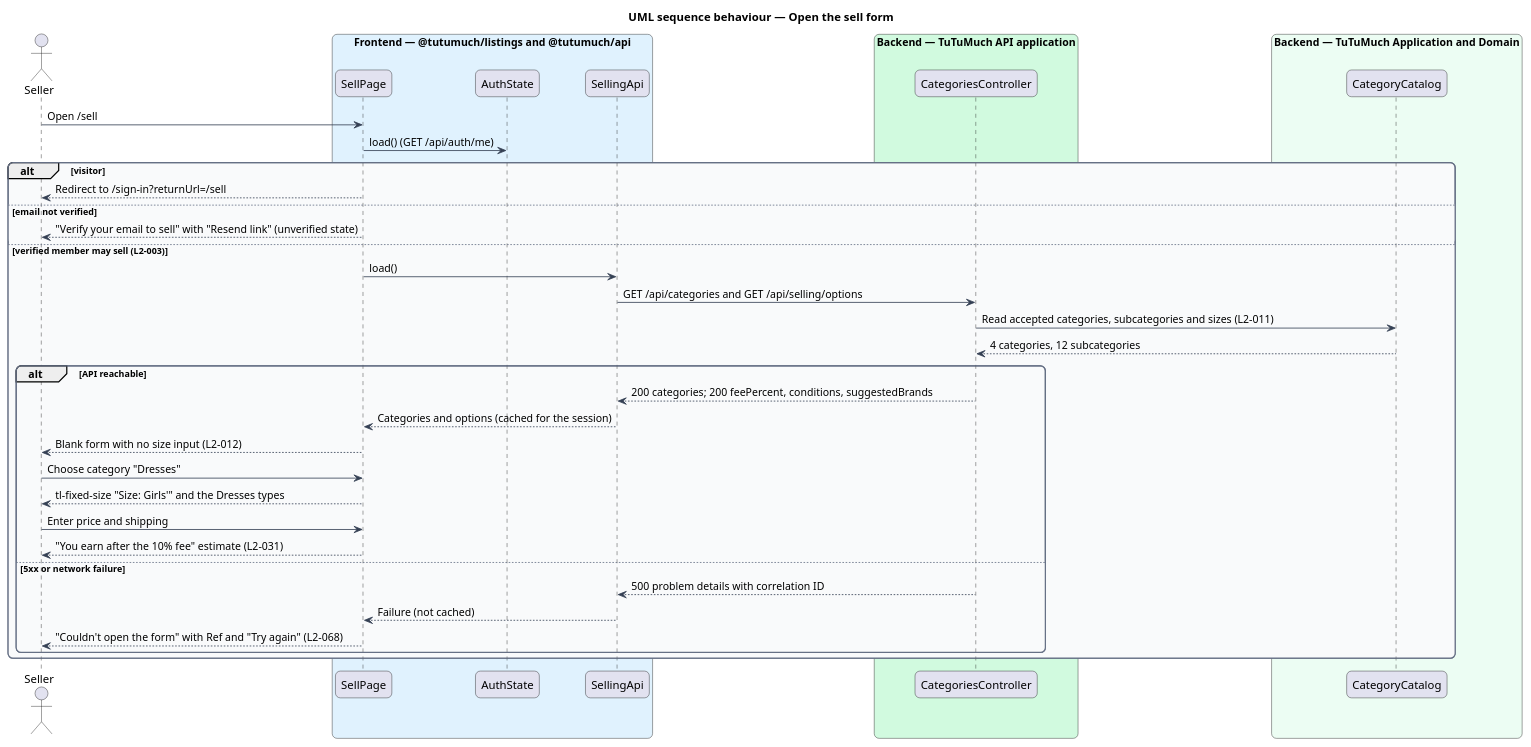
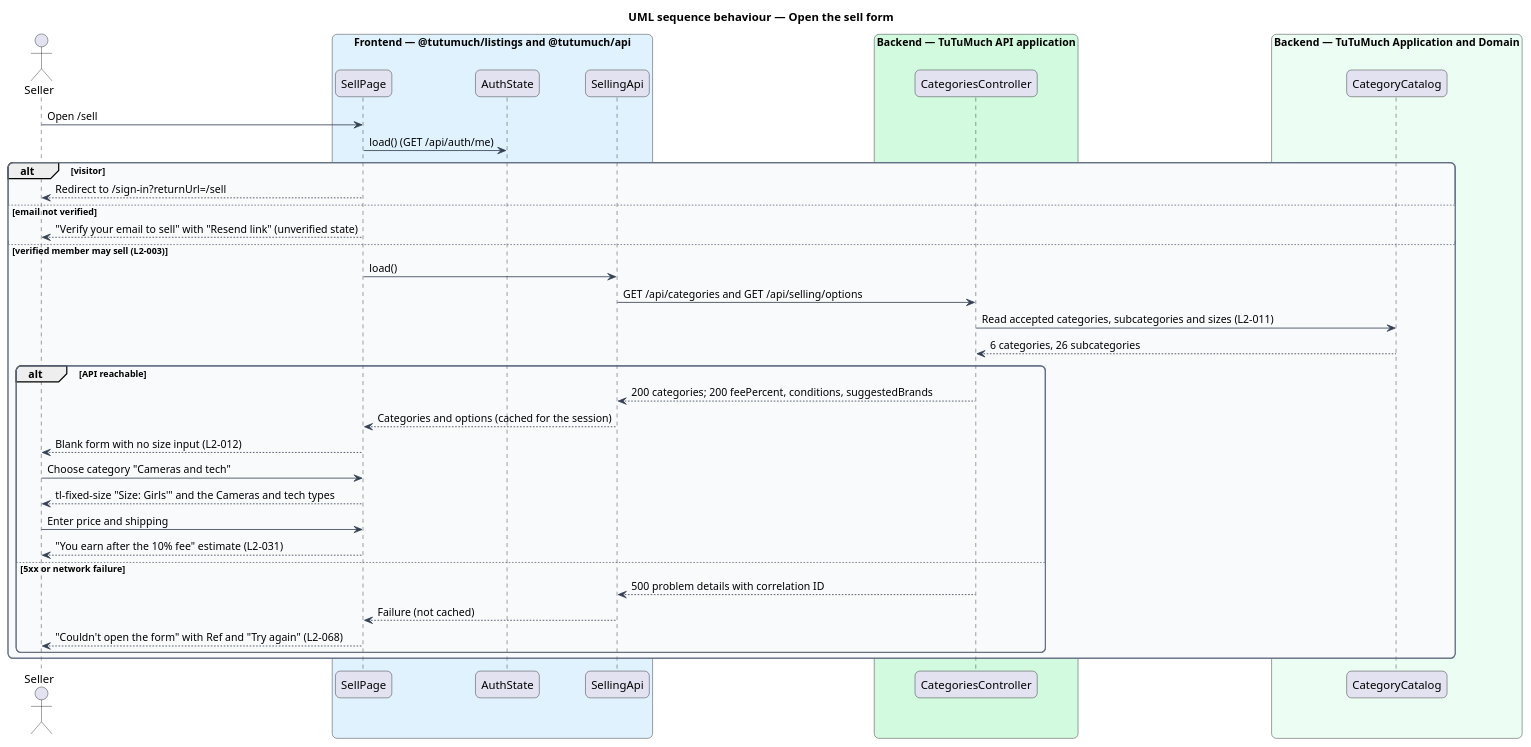
Before and after one commit to QuinntyneBrown/tutumuch: the diagram in docs/detailed-designs/listings/create-listing/diagrams/sequence-open-sell-form.puml, drawn with PlantUML. The commit also changed 413 other files, not shown here.

```diff
--- a/docs/detailed-designs/listings/create-listing/diagrams/sequence-open-sell-form.puml
+++ b/docs/detailed-designs/listings/create-listing/diagrams/sequence-open-sell-form.puml
@@ -1,54 +1,54 @@
 @startuml
 title UML sequence behaviour — Open the sell form
 skinparam backgroundColor #FFFFFF
 skinparam shadowing false
 skinparam roundcorner 12
 skinparam defaultFontName Arial
 skinparam ArrowColor #344054
 skinparam rectangle {
   BorderColor #344054
   FontColor #101828
 }
 skinparam package {
   BorderColor #667085
   FontColor #101828
   BackgroundColor #F9FAFB
 }
 actor "Seller" as actor
 box "Frontend — @tutumuch/listings and @tutumuch/api" #E0F2FE
   participant "SellPage" as page
   participant "AuthState" as auth
   participant "SellingApi" as opts
 end box
 box "Backend — TuTuMuch API application" #D1FADF
   participant "CategoriesController" as ctrl
 end box
 box "Backend — TuTuMuch Application and Domain" #ECFDF3
   participant "CategoryCatalog" as catalog
 end box
 actor -> page : Open /sell
 page -> auth : load() (GET /api/auth/me)
 alt visitor
   page --> actor : Redirect to /sign-in?returnUrl=/sell
 else email not verified
   page --> actor : "Verify your email to sell" with "Resend link" (unverified state)
 else verified member may sell (L2-003)
   page -> opts : load()
   opts -> ctrl : GET /api/categories and GET /api/selling/options
   ctrl -> catalog : Read accepted categories, subcategories and sizes (L2-011)
-  catalog --> ctrl : 4 categories, 12 subcategories
+  catalog --> ctrl : 6 categories, 26 subcategories
   alt API reachable
     ctrl --> opts : 200 categories; 200 feePercent, conditions, suggestedBrands
     opts --> page : Categories and options (cached for the session)
     page --> actor : Blank form with no size input (L2-012)
-    actor -> page : Choose category "Dresses"
-    page --> actor : tl-fixed-size "Size: Girls'" and the Dresses types
+    actor -> page : Choose category "Cameras and tech"
+    page --> actor : tl-fixed-size "Size: Girls'" and the Cameras and tech types
     actor -> page : Enter price and shipping
     page --> actor : "You earn after the 10% fee" estimate (L2-031)
   else 5xx or network failure
     ctrl --> opts : 500 problem details with correlation ID
     opts --> page : Failure (not cached)
     page --> actor : "Couldn't open the form" with Ref and "Try again" (L2-068)
   end
 end
 @enduml
```
